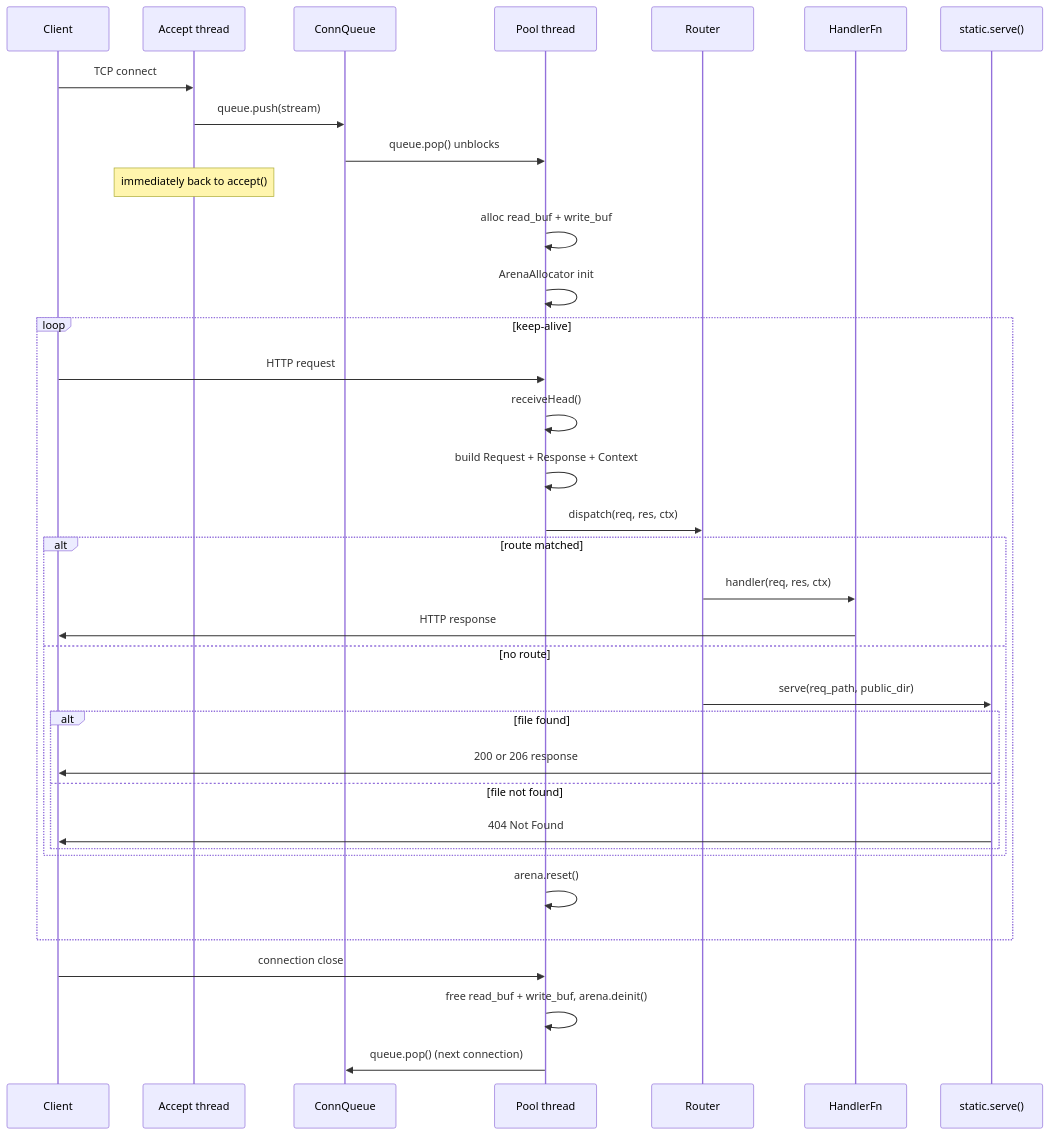
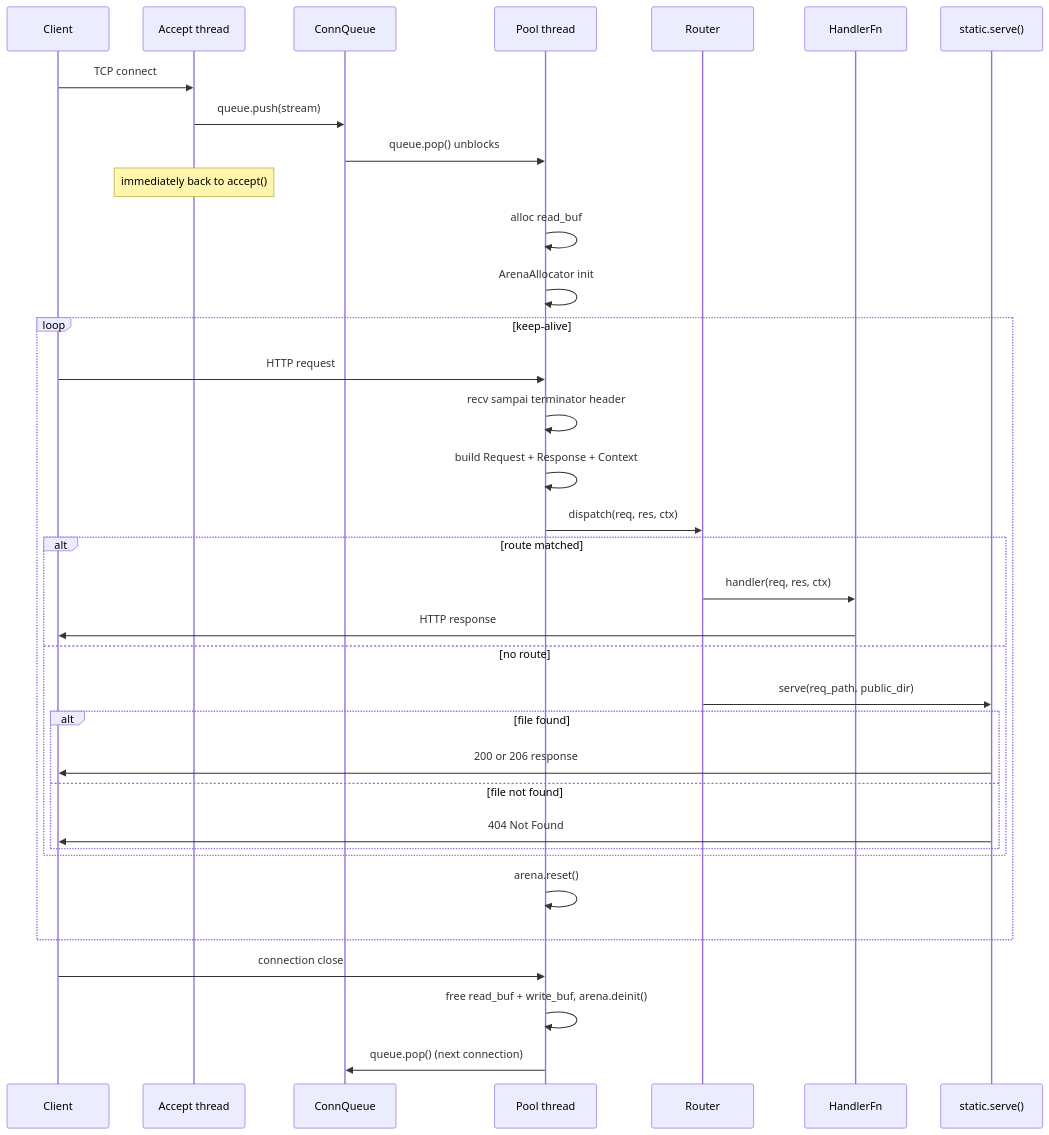
One commit to prothegee/zix changed the fifth of 12 diagrams in docs/hld-http-id.md. Above: the diagram before and after it, drawn with Mermaid. The commit also changed other lines of this file, not shown here.

Commit message:
refresh http hld request view and async flow

````diff
--- a/docs/hld-http-id.md
+++ b/docs/hld-http-id.md
@@ -253,43 +254,43 @@
 ```mermaid
 sequenceDiagram
     participant Client
     participant Accept as Accept thread
     participant Queue as ConnQueue
     participant Pool as Pool thread
     participant Router
     participant Handler as HandlerFn
     participant Static as static.serve()
 
     Client->>Accept: TCP connect
     Accept->>Queue: queue.push(stream)
     Queue->>Pool: queue.pop() unblocks
     Note over Accept: immediately back to accept()
 
-    Pool->>Pool: alloc read_buf + write_buf
+    Pool->>Pool: alloc read_buf
     Pool->>Pool: ArenaAllocator init
 
     loop keep-alive
         Client->>Pool: HTTP request
-        Pool->>Pool: receiveHead()
+        Pool->>Pool: recv sampai terminator header
         Pool->>Pool: build Request + Response + Context
         Pool->>Router: dispatch(req, res, ctx)
 
         alt route matched
             Router->>Handler: handler(req, res, ctx)
             Handler->>Client: HTTP response
         else no route
             Router->>Static: serve(req_path, public_dir)
             alt file found
                 Static->>Client: 200 or 206 response
             else file not found
                 Static->>Client: 404 Not Found
             end
         end
 
         Pool->>Pool: arena.reset()
     end
 
     Client->>Pool: connection close
     Pool->>Pool: free read_buf + write_buf, arena.deinit()
     Pool->>Queue: queue.pop() (next connection)
 ```
````
